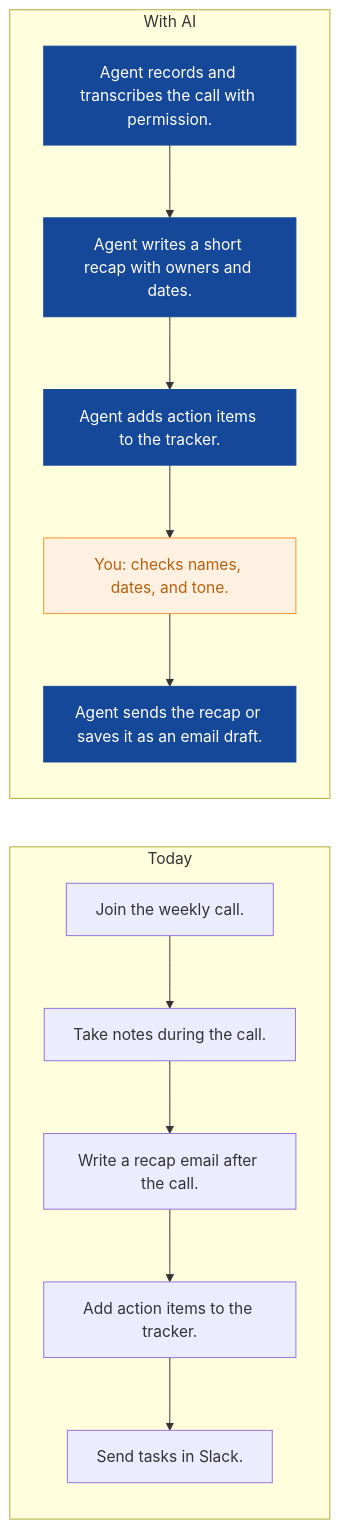
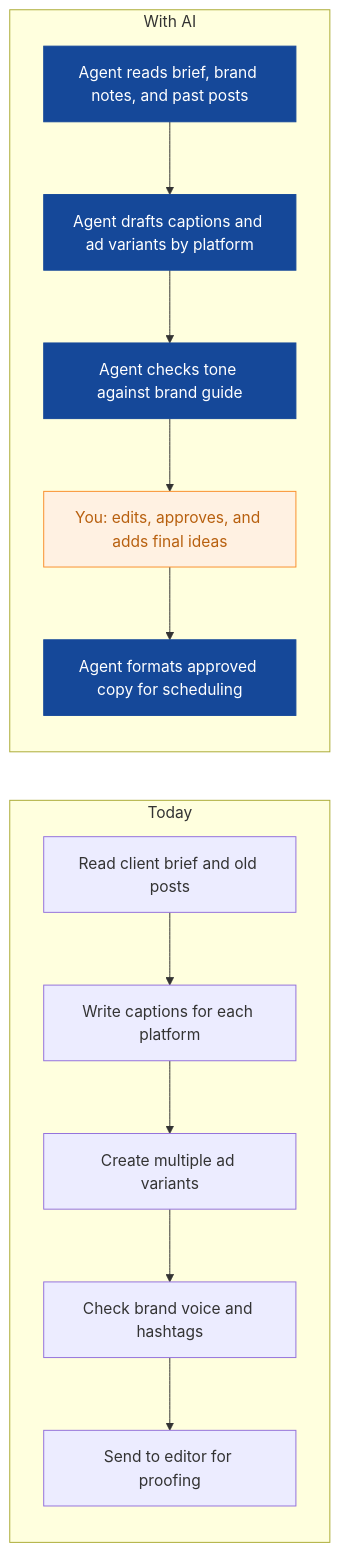
One commit to nexibeo/Complete-AI-Strategy changed the fifth of 8 diagrams in strategies/pixelhive-studio.md. Above: the diagram before and after it, drawn with Mermaid. The commit also changed other lines of this file and 26 other files, not shown here.

````diff
--- a/strategies/pixelhive-studio.md
+++ b/strategies/pixelhive-studio.md
@@ -194,23 +168,23 @@
 ```mermaid
 flowchart LR
   subgraph Today
-    B0["Join the weekly call."]
-    B1["Take notes during the call."]
-    B2["Write a recap email after the call."]
-    B3["Add action items to the tracker."]
-    B4["Send tasks in Slack."]
+    B0["Read client brief and old posts"]
+    B1["Write captions for each platform"]
+    B2["Create multiple ad variants"]
+    B3["Check brand voice and hashtags"]
+    B4["Send to editor for proofing"]
     B0 --> B1 --> B2 --> B3 --> B4
   end
   subgraph WithAI[With AI]
-    A0["Agent records and transcribes the call with permission."]
-    A1["Agent writes a short recap with owners and dates."]
-    A2["Agent adds action items to the tracker."]
-    A3["You: checks names, dates, and tone."]
-    A4["Agent sends the recap or saves it as an email draft."]
+    A0["Agent reads brief, brand notes, and past posts"]
+    A1["Agent drafts captions and ad variants by platform"]
+    A2["Agent checks tone against brand guide"]
+    A3["You: edits, approves, and adds final ideas"]
+    A4["Agent formats approved copy for scheduling"]
     A0 --> A1 --> A2 --> A3 --> A4
   end
   classDef ai fill:#154899,color:#fff,stroke:#154899
   classDef human fill:#FFF1E2,color:#B8600F,stroke:#F98F2C
   class A0,A1,A2,A4 ai
   class A3 human
 ```
````
